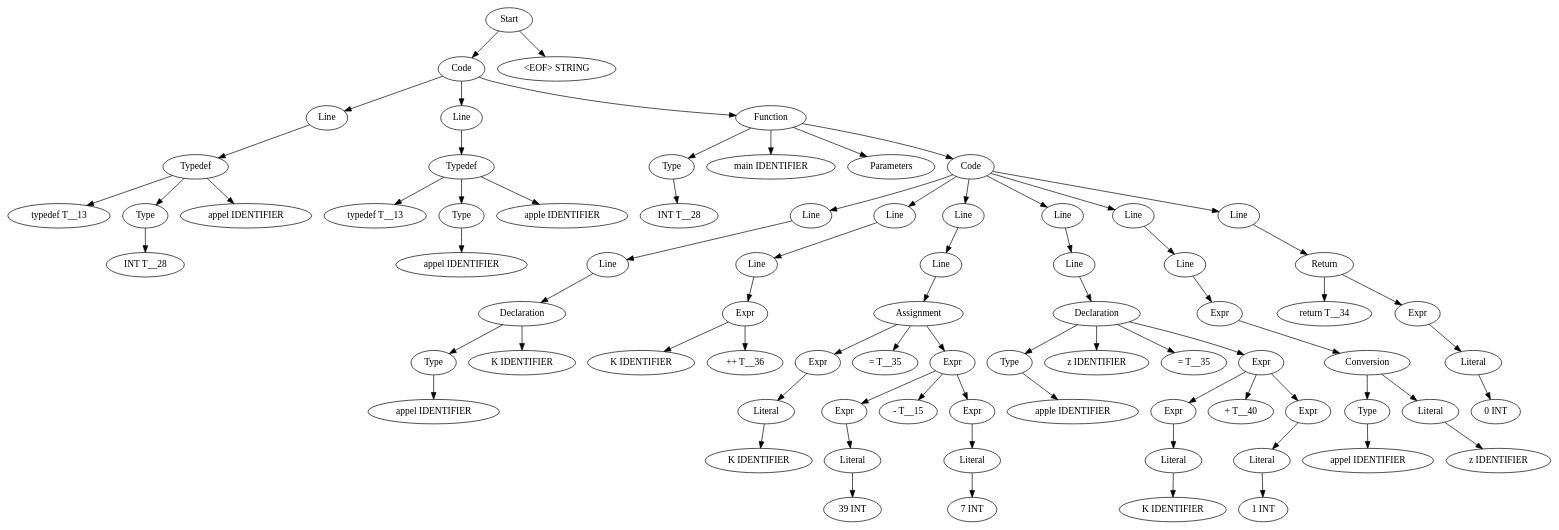
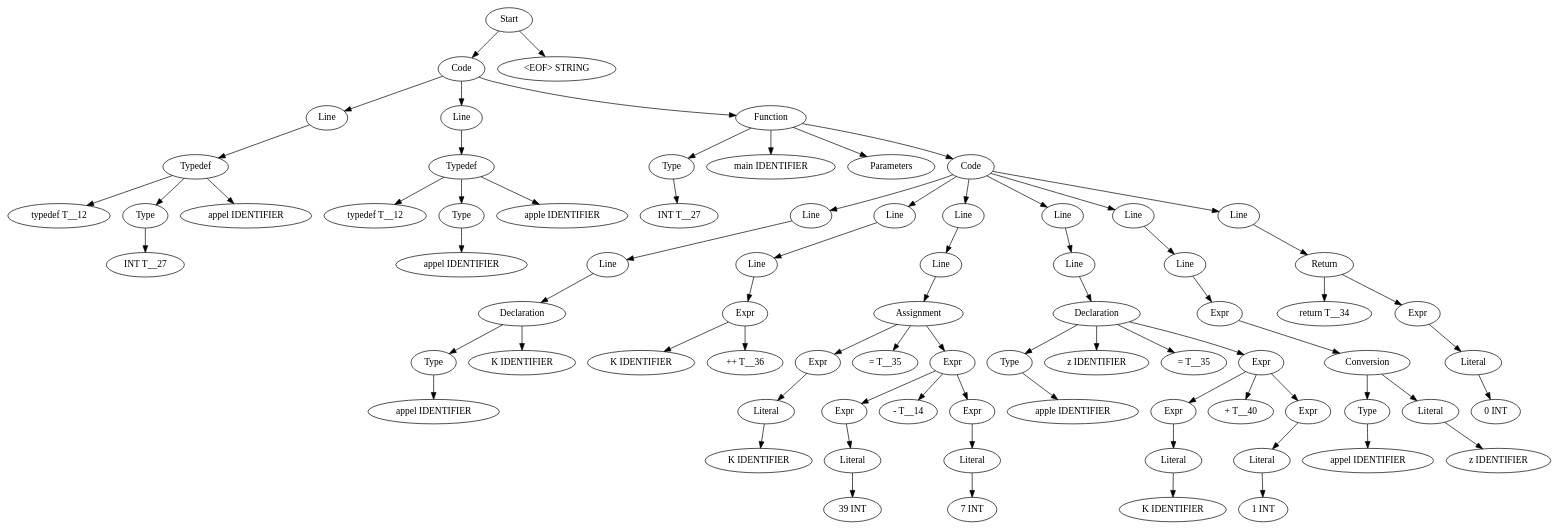
One commit to Are-you-listening/Compilers changed the diagram in TestCases/ASTTests/TypedefTests/createTests/read_file_before.dot. Above: the diagram before and after it, drawn with Graphviz. The commit also changed 168 other files, not shown here.

```diff
--- a/TestCases/ASTTests/TypedefTests/createTests/read_file_before.dot
+++ b/TestCases/ASTTests/TypedefTests/createTests/read_file_before.dot
@@ -1,153 +1,153 @@
 digraph AST {
-  "124691600835536" [label="Start"];
-  "124691600835536" -> "124691600845280";
-  "124691600835536" -> "124691600839808";
-  "124691600845280" [label="Code"];
-  "124691600845280" -> "124691600842592";
-  "124691600845280" -> "124691600835104";
-  "124691600845280" -> "124691600850320";
-  "124691600842592" [label="Line"];
-  "124691600842592" -> "124691600842880";
-  "124691600842880" [label="Typedef"];
-  "124691600842880" -> "124691600835680";
-  "124691600842880" -> "124691600848352";
-  "124691600842880" -> "124691600839616";
-  "124691600835680" [label="typedef T__13"];
-  "124691600848352" [label="Type"];
-  "124691600848352" -> "124691600843312";
-  "124691600843312" [label="INT T__28"];
-  "124691600839616" [label="appel IDENTIFIER"];
-  "124691600835104" [label="Line"];
-  "124691600835104" -> "124691600839376";
-  "124691600839376" [label="Typedef"];
-  "124691600839376" -> "124691600843216";
-  "124691600839376" -> "124691600844176";
-  "124691600839376" -> "124691600846240";
-  "124691600843216" [label="typedef T__13"];
-  "124691600844176" [label="Type"];
-  "124691600844176" -> "124691600843168";
-  "124691600843168" [label="appel IDENTIFIER"];
-  "124691600846240" [label="apple IDENTIFIER"];
-  "124691600850320" [label="Function"];
-  "124691600850320" -> "124691600845664";
-  "124691600850320" -> "124691600835392";
-  "124691600850320" -> "124691600840912";
-  "124691600850320" -> "124691600845424";
-  "124691600845664" [label="Type"];
-  "124691600845664" -> "124691600835440";
-  "124691600835440" [label="INT T__28"];
-  "124691600835392" [label="main IDENTIFIER"];
-  "124691600840912" [label="Parameters"];
-  "124691600845424" [label="Code"];
-  "124691600845424" -> "124691600843408";
-  "124691600845424" -> "124691600843120";
-  "124691600845424" -> "124691600847248";
-  "124691600845424" -> "124691600846096";
-  "124691600845424" -> "124691600839856";
-  "124691600845424" -> "124691600842160";
-  "124691600843408" [label="Line"];
-  "124691600843408" -> "124691600846960";
-  "124691600846960" [label="Line"];
-  "124691600846960" -> "124691600842112";
-  "124691600842112" [label="Declaration"];
-  "124691600842112" -> "124691600845952";
-  "124691600842112" -> "124691600848304";
-  "124691600845952" [label="Type"];
-  "124691600845952" -> "124691600846048";
-  "124691600846048" [label="appel IDENTIFIER"];
-  "124691600848304" [label="K IDENTIFIER"];
-  "124691600843120" [label="Line"];
-  "124691600843120" -> "124691600844032";
-  "124691600844032" [label="Line"];
-  "124691600844032" -> "124691600839760";
-  "124691600839760" [label="Expr"];
-  "124691600839760" -> "124691600847152";
-  "124691600839760" -> "124691600845856";
-  "124691600847152" [label="K IDENTIFIER"];
-  "124691600845856" [label="++ T__36"];
-  "124691600847248" [label="Line"];
-  "124691600847248" -> "124691600840768";
-  "124691600840768" [label="Line"];
-  "124691600840768" -> "124691600840048";
-  "124691600840048" [label="Assignment"];
-  "124691600840048" -> "124691600836640";
-  "124691600840048" -> "124691600839472";
-  "124691600840048" -> "124691600837264";
-  "124691600836640" [label="Expr"];
-  "124691600836640" -> "124691600845616";
-  "124691600845616" [label="Literal"];
-  "124691600845616" -> "124691600843600";
-  "124691600843600" [label="K IDENTIFIER"];
-  "124691600839472" [label="= T__35"];
-  "124691600837264" [label="Expr"];
-  "124691600837264" -> "124691600840000";
-  "124691600837264" -> "124691600836592";
-  "124691600837264" -> "124691600839184";
-  "124691600840000" [label="Expr"];
-  "124691600840000" -> "124691600845904";
-  "124691600845904" [label="Literal"];
-  "124691600845904" -> "124691600845328";
-  "124691600845328" [label="39 INT"];
-  "124691600836592" [label="- T__15"];
-  "124691600839184" [label="Expr"];
-  "124691600839184" -> "124691600849936";
-  "124691600849936" [label="Literal"];
-  "124691600849936" -> "124691600843696";
-  "124691600843696" [label="7 INT"];
-  "124691600846096" [label="Line"];
-  "124691600846096" -> "124691600837408";
-  "124691600837408" [label="Line"];
-  "124691600837408" -> "124691600841200";
-  "124691600841200" [label="Declaration"];
-  "124691600841200" -> "124691600843792";
-  "124691600841200" -> "124691600841152";
-  "124691600841200" -> "124691600841008";
-  "124691600841200" -> "124691600840816";
-  "124691600843792" [label="Type"];
-  "124691600843792" -> "124691600843504";
-  "124691600843504" [label="apple IDENTIFIER"];
-  "124691600841152" [label="z IDENTIFIER"];
-  "124691600841008" [label="= T__35"];
-  "124691600840816" [label="Expr"];
-  "124691600840816" -> "124691600834768";
-  "124691600840816" -> "124691600842928";
-  "124691600840816" -> "124691600843888";
-  "124691600834768" [label="Expr"];
-  "124691600834768" -> "124691600841248";
-  "124691600841248" [label="Literal"];
-  "124691600841248" -> "124691600843024";
-  "124691600843024" [label="K IDENTIFIER"];
-  "124691600842928" [label="+ T__40"];
-  "124691600843888" [label="Expr"];
-  "124691600843888" -> "124691600839904";
-  "124691600839904" [label="Literal"];
-  "124691600839904" -> "124691600841104";
-  "124691600841104" [label="1 INT"];
-  "124691600839856" [label="Line"];
-  "124691600839856" -> "124691600836496";
-  "124691600836496" [label="Line"];
-  "124691600836496" -> "124691600841056";
-  "124691600841056" [label="Expr"];
-  "124691600841056" -> "124691600840528";
-  "124691600840528" [label="Conversion"];
-  "124691600840528" -> "124691600846864";
-  "124691600840528" -> "124691600836832";
-  "124691600846864" [label="Type"];
-  "124691600846864" -> "124691600842640";
-  "124691600842640" [label="appel IDENTIFIER"];
-  "124691600836832" [label="Literal"];
-  "124691600836832" -> "124691600845136";
-  "124691600845136" [label="z IDENTIFIER"];
-  "124691600842160" [label="Line"];
-  "124691600842160" -> "124691600839568";
-  "124691600839568" [label="Return"];
-  "124691600839568" -> "124691600846384";
-  "124691600839568" -> "124691600849168";
-  "124691600846384" [label="return T__34"];
-  "124691600849168" [label="Expr"];
-  "124691600849168" -> "124691600837600";
-  "124691600837600" [label="Literal"];
-  "124691600837600" -> "124691600837360";
-  "124691600837360" [label="0 INT"];
-  "124691600839808" [label="<EOF> STRING"];
+  "137022988552896" [label="Start"];
+  "137022988552896" -> "137022988562016";
+  "137022988552896" -> "137022988558032";
+  "137022988562016" [label="Code"];
+  "137022988562016" -> "137022988551360";
+  "137022988562016" -> "137022988554960";
+  "137022988562016" -> "137022988552272";
+  "137022988551360" [label="Line"];
+  "137022988551360" -> "137022988554384";
+  "137022988554384" [label="Typedef"];
+  "137022988554384" -> "137022988553088";
+  "137022988554384" -> "137022988559712";
+  "137022988554384" -> "137022988561056";
+  "137022988553088" [label="typedef T__12"];
+  "137022988559712" [label="Type"];
+  "137022988559712" -> "137022988556736";
+  "137022988556736" [label="INT T__27"];
+  "137022988561056" [label="appel IDENTIFIER"];
+  "137022988554960" [label="Line"];
+  "137022988554960" -> "137022988558272";
+  "137022988558272" [label="Typedef"];
+  "137022988558272" -> "137022988561152";
+  "137022988558272" -> "137022988554240";
+  "137022988558272" -> "137022988563504";
+  "137022988561152" [label="typedef T__12"];
+  "137022988554240" [label="Type"];
+  "137022988554240" -> "137022988559952";
+  "137022988559952" [label="appel IDENTIFIER"];
+  "137022988563504" [label="apple IDENTIFIER"];
+  "137022988552272" [label="Function"];
+  "137022988552272" -> "137022988552320";
+  "137022988552272" -> "137022988553664";
+  "137022988552272" -> "137022988551456";
+  "137022988552272" -> "137022988556688";
+  "137022988552320" [label="Type"];
+  "137022988552320" -> "137022988557936";
+  "137022988557936" [label="INT T__27"];
+  "137022988553664" [label="main IDENTIFIER"];
+  "137022988551456" [label="Parameters"];
+  "137022988556688" [label="Code"];
+  "137022988556688" -> "137022988562976";
+  "137022988556688" -> "137022988555680";
+  "137022988556688" -> "137022988553952";
+  "137022988556688" -> "137022988555536";
+  "137022988556688" -> "137022988552368";
+  "137022988556688" -> "137022988560432";
+  "137022988562976" [label="Line"];
+  "137022988562976" -> "137022988551168";
+  "137022988551168" [label="Line"];
+  "137022988551168" -> "137022988550688";
+  "137022988550688" [label="Declaration"];
+  "137022988550688" -> "137022988554912";
+  "137022988550688" -> "137022988558416";
+  "137022988554912" [label="Type"];
+  "137022988554912" -> "137022988558224";
+  "137022988558224" [label="appel IDENTIFIER"];
+  "137022988558416" [label="K IDENTIFIER"];
+  "137022988555680" [label="Line"];
+  "137022988555680" -> "137022988560960";
+  "137022988560960" [label="Line"];
+  "137022988560960" -> "137022988553760";
+  "137022988553760" [label="Expr"];
+  "137022988553760" -> "137022988556832";
+  "137022988553760" -> "137022988556256";
+  "137022988556832" [label="K IDENTIFIER"];
+  "137022988556256" [label="++ T__36"];
+  "137022988553952" [label="Line"];
+  "137022988553952" -> "137022988550784";
+  "137022988550784" [label="Line"];
+  "137022988550784" -> "137022988554720";
+  "137022988554720" [label="Assignment"];
+  "137022988554720" -> "137022988557888";
+  "137022988554720" -> "137022988559472";
+  "137022988554720" -> "137022988554816";
+  "137022988557888" [label="Expr"];
+  "137022988557888" -> "137022988557648";
+  "137022988557648" [label="Literal"];
+  "137022988557648" -> "137022988554576";
+  "137022988554576" [label="K IDENTIFIER"];
+  "137022988559472" [label="= T__35"];
+  "137022988554816" [label="Expr"];
+  "137022988554816" -> "137022988555440";
+  "137022988554816" -> "137022988554624";
+  "137022988554816" -> "137022988561680";
+  "137022988555440" [label="Expr"];
+  "137022988555440" -> "137022988555008";
+  "137022988555008" [label="Literal"];
+  "137022988555008" -> "137022988553856";
+  "137022988553856" [label="39 INT"];
+  "137022988554624" [label="- T__14"];
+  "137022988561680" [label="Expr"];
+  "137022988561680" -> "137022988552704";
+  "137022988552704" [label="Literal"];
+  "137022988552704" -> "137022988551264";
+  "137022988551264" [label="7 INT"];
+  "137022988555536" [label="Line"];
+  "137022988555536" -> "137022988559376";
+  "137022988559376" [label="Line"];
+  "137022988559376" -> "137022988555728";
+  "137022988555728" [label="Declaration"];
+  "137022988555728" -> "137022988552512";
+  "137022988555728" -> "137022988552128";
+  "137022988555728" -> "137022988557792";
+  "137022988555728" -> "137022988556304";
+  "137022988552512" [label="Type"];
+  "137022988552512" -> "137022988555488";
+  "137022988555488" [label="apple IDENTIFIER"];
+  "137022988552128" [label="z IDENTIFIER"];
+  "137022988557792" [label="= T__35"];
+  "137022988556304" [label="Expr"];
+  "137022988556304" -> "137022988554048";
+  "137022988556304" -> "137022988560336";
+  "137022988556304" -> "137022988553472";
+  "137022988554048" [label="Expr"];
+  "137022988554048" -> "137022988555296";
+  "137022988555296" [label="Literal"];
+  "137022988555296" -> "137022988551696";
+  "137022988551696" [label="K IDENTIFIER"];
+  "137022988560336" [label="+ T__40"];
+  "137022988553472" [label="Expr"];
+  "137022988553472" -> "137022988553904";
+  "137022988553904" [label="Literal"];
+  "137022988553904" -> "137022988557024";
+  "137022988557024" [label="1 INT"];
+  "137022988552368" [label="Line"];
+  "137022988552368" -> "137022988551408";
+  "137022988551408" [label="Line"];
+  "137022988551408" -> "137022988563216";
+  "137022988563216" [label="Expr"];
+  "137022988563216" -> "137022988563312";
+  "137022988563312" [label="Conversion"];
+  "137022988563312" -> "137022988562928";
+  "137022988563312" -> "137022988556544";
+  "137022988562928" [label="Type"];
+  "137022988562928" -> "137022988556928";
+  "137022988556928" [label="appel IDENTIFIER"];
+  "137022988556544" [label="Literal"];
+  "137022988556544" -> "137022988561296";
+  "137022988561296" [label="z IDENTIFIER"];
+  "137022988560432" [label="Line"];
+  "137022988560432" -> "137022988554672";
+  "137022988554672" [label="Return"];
+  "137022988554672" -> "137022988559232";
+  "137022988554672" -> "137022988555200";
+  "137022988559232" [label="return T__34"];
+  "137022988555200" [label="Expr"];
+  "137022988555200" -> "137022988557216";
+  "137022988557216" [label="Literal"];
+  "137022988557216" -> "137022988561344";
+  "137022988561344" [label="0 INT"];
+  "137022988558032" [label="<EOF> STRING"];
 }
```
